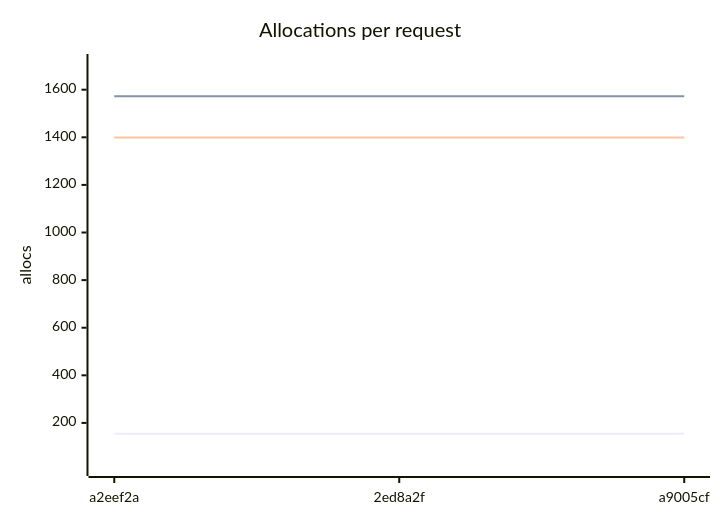
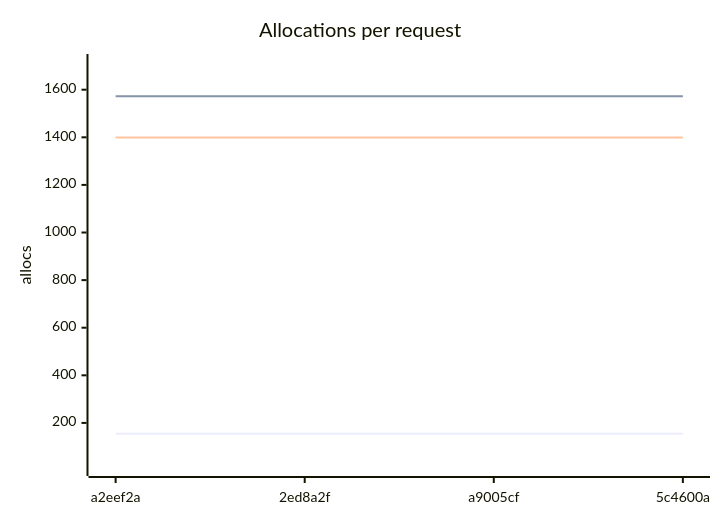
One commit to Karakatiza666/roc-cloudflare-workers changed the fifth of 7 diagrams in CHART.md. Above: the diagram before and after it, drawn with Mermaid. The commit also changed other lines of this file and 2 other files, not shown here.

````diff
--- a/CHART.md
+++ b/CHART.md
@@ -71,9 +71,9 @@
 ```mermaid
 xychart-beta
     title "Allocations per request"
-    x-axis ["a2eef2a", "2ed8a2f", "a9005cf"]
+    x-axis ["a2eef2a", "2ed8a2f", "a9005cf", "5c4600a"]
     y-axis "allocs" 12.702 --> 1714.3
-    line [154.5, 154.5, 154.5]
-    line [1572.5, 1572.5, 1572.5]
-    line [1398.9, 1398.9, 1398.9]
+    line [154.5, 154.5, 154.5, 154.5]
+    line [1572.5, 1572.5, 1572.5, 1572.5]
+    line [1398.9, 1398.9, 1398.9, 1398.9]
 ```
````
